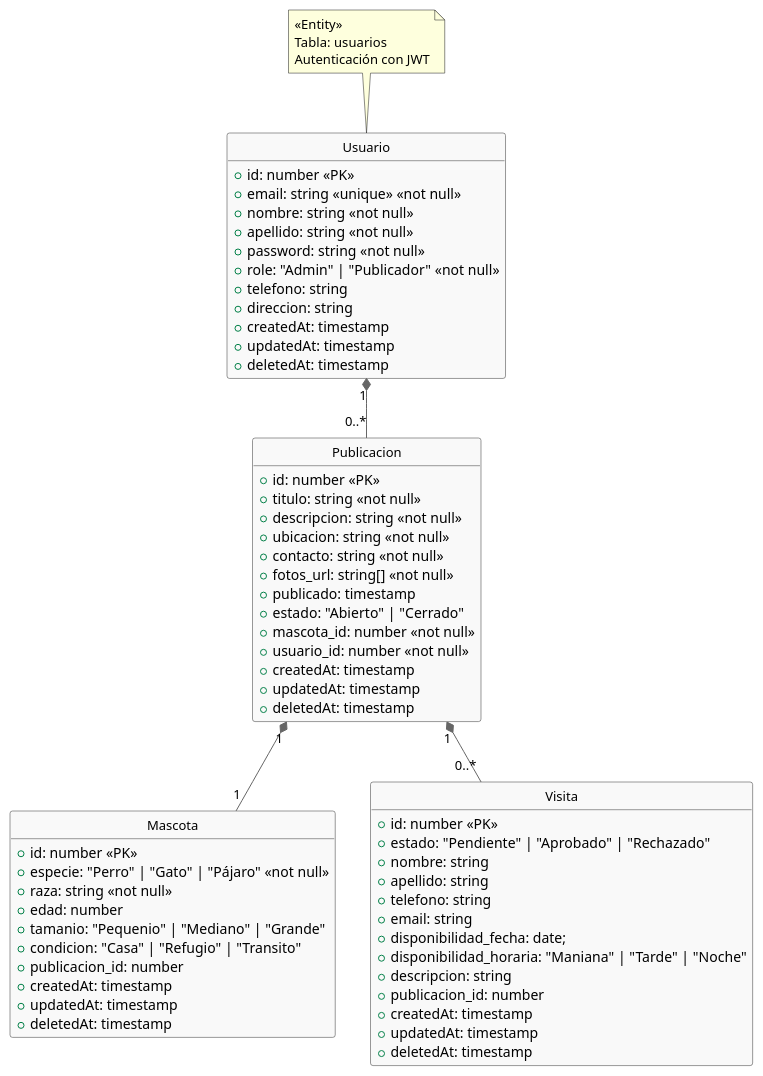
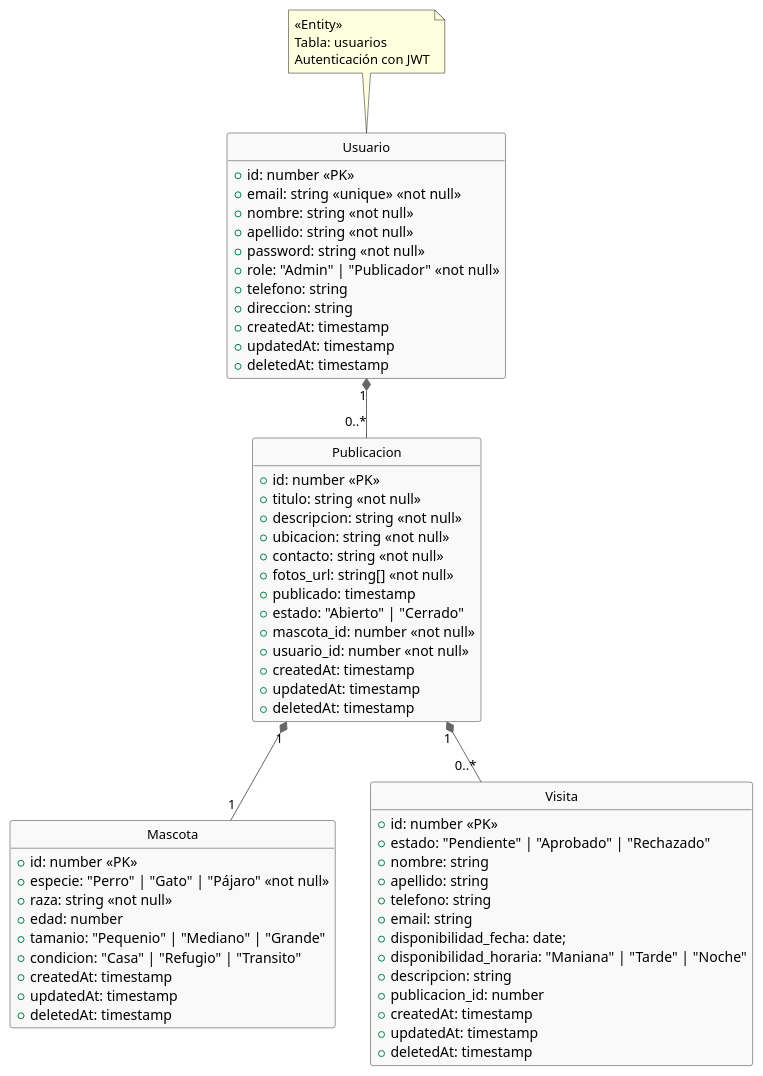
One commit to fedef1982/2025-TUP-Prog3-TP-Grupo2 changed the diagram in diagramas/diagrama_er.puml. Above: the diagram before and after it, drawn with PlantUML. The commit also changed 1 other file, not shown here.

```diff
--- a/diagramas/diagrama_er.puml
+++ b/diagramas/diagrama_er.puml
@@ -1,89 +1,88 @@
 @startuml AdoptDog_Class_Diagram
 
 ' ==== Configuración ====
 skinparam class {
     BackgroundColor #f9f9f9
     BorderColor #333333
     ArrowColor #666666
     FontSize 13
 }
 hide circle
 hide empty members
 
 ' ==== Entidades del Backend ====
 
 class Usuario {
   +id: number <<PK>>
   +email: string <<unique>> <<not null>>
   +nombre: string <<not null>>
   +apellido: string <<not null>>
   +password: string <<not null>>
   +role: "Admin" | "Publicador" <<not null>>
   +telefono: string 
   +direccion: string
   +createdAt: timestamp
   +updatedAt: timestamp
   +deletedAt: timestamp
 }
 
 class Publicacion {
   +id: number <<PK>>
   +titulo: string <<not null>>
   +descripcion: string <<not null>>
   +ubicacion: string <<not null>>
   +contacto: string <<not null>>
   +fotos_url: string[] <<not null>>
   +publicado: timestamp
   +estado: "Abierto" | "Cerrado"
   +mascota_id: number <<not null>>
   +usuario_id: number <<not null>>
   +createdAt: timestamp
   +updatedAt: timestamp
   +deletedAt: timestamp
 }
 
 class Mascota {
   +id: number <<PK>>
   +especie: "Perro" | "Gato" | "Pájaro" <<not null>>
   +raza: string <<not null>>
   +edad: number 
   +tamanio: "Pequenio" | "Mediano" | "Grande"
   +condicion: "Casa" | "Refugio" | "Transito"
-  +publicacion_id: number
   +createdAt: timestamp
   +updatedAt: timestamp
   +deletedAt: timestamp
 }
 
 class Visita {
   +id: number <<PK>>
   +estado: "Pendiente" | "Aprobado" | "Rechazado"
   +nombre: string
   +apellido: string
   +telefono: string
   +email: string
   +disponibilidad_fecha: date;
   +disponibilidad_horaria: "Maniana" | "Tarde" | "Noche"
   +descripcion: string
   +publicacion_id: number
   +createdAt: timestamp
   +updatedAt: timestamp
   +deletedAt: timestamp
 }
 
 ' ==== Relaciones ====
 
 ' Backend
 Usuario "1" *-- "0..*" Publicacion
 Publicacion "1" *-- "1" Mascota
 Publicacion "1" *-- "0..*" Visita 
 
 
 ' ==== Notas ====
 note top of Usuario
   <<Entity>>
   Tabla: usuarios
   Autenticación con JWT
 end note
 
 @enduml
```
